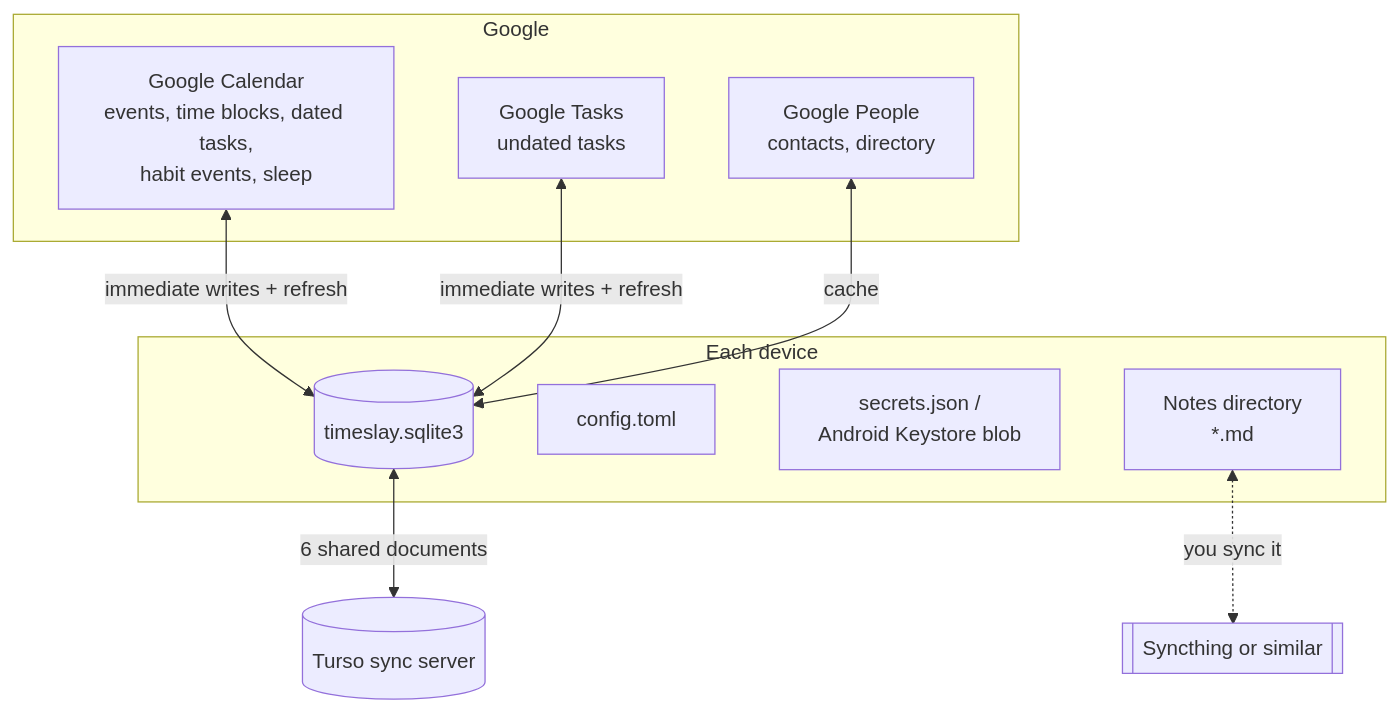
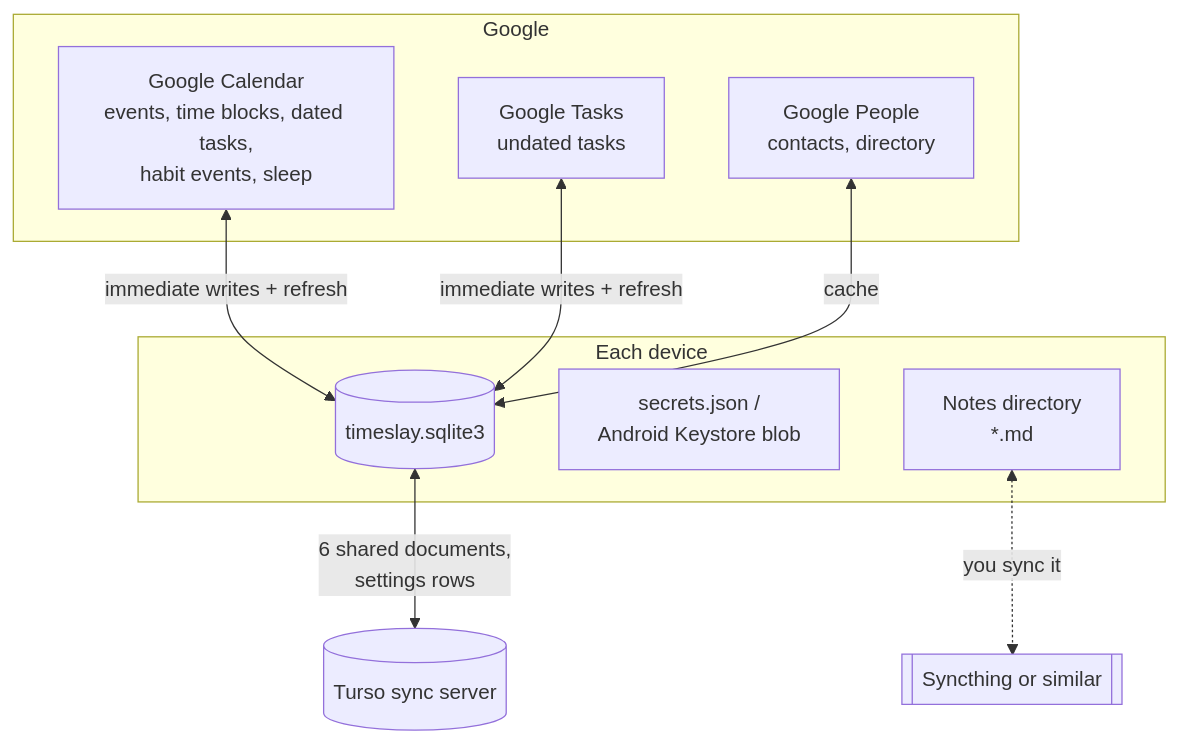
One commit to hyperupcall-projects/timeparagon changed the first of 3 diagrams in docs/data-model.md. Above: the diagram before and after it, drawn with Mermaid. The commit also changed other lines of this file and 35 other files, not shown here.

````diff
--- a/docs/data-model.md
+++ b/docs/data-model.md
@@ -13,22 +13,21 @@
 ```mermaid
 flowchart TB
     subgraph Google
         GC[Google Calendar<br/>events, time blocks, dated tasks,<br/>habit events, sleep]
         GT[Google Tasks<br/>undated tasks]
         GP[Google People<br/>contacts, directory]
     end
     subgraph Device["Each device"]
         DB[(timeslay.sqlite3)]
-        CFG[config.toml]
         SEC[secrets.json /<br/>Android Keystore blob]
         NOTES[Notes directory<br/>*.md]
     end
     TURSO[(Turso sync server)]
     SYNCTHING[[Syncthing or similar]]
 
     GC <-- "immediate writes + refresh" --> DB
     GT <-- "immediate writes + refresh" --> DB
     GP <-- "cache" --> DB
-    DB <-- "6 shared documents" --> TURSO
+    DB <-- "6 shared documents,<br/>settings rows" --> TURSO
     NOTES <-. "you sync it" .-> SYNCTHING
 ```
````
